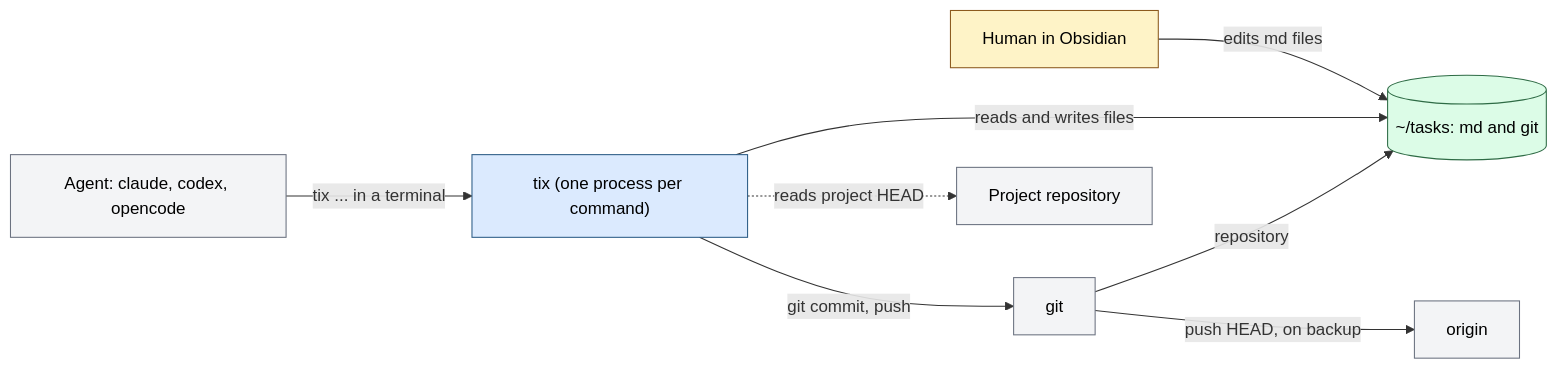
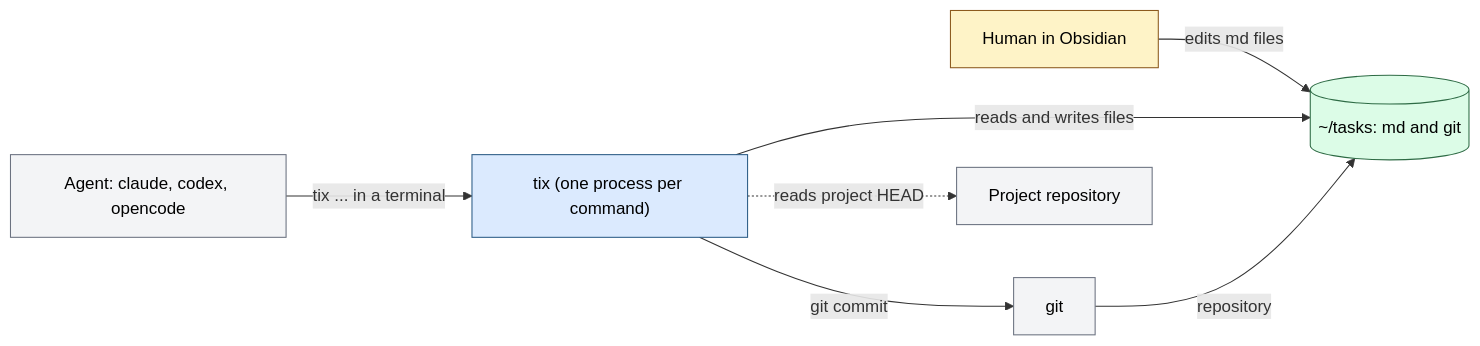
One commit to daniil4545/tix changed the first of 4 diagrams in docs/architecture.md. Above: the diagram before and after it, drawn with Mermaid. The commit also changed other lines of this file and 54 other files, not shown here.

````diff
--- a/docs/architecture.md
+++ b/docs/architecture.md
@@ -28,18 +28,17 @@
 ```mermaid
 flowchart LR
   agent["Agent: claude, codex, opencode"] -->|"tix ... in a terminal"| tix["tix (one process per command)"]
   human["Human in Obsidian"] -->|"edits md files"| db[("~/tasks: md and git")]
   tix -->|"reads and writes files"| db
-  tix -->|"git commit, push"| git["git"]
+  tix -->|"git commit"| git["git"]
   git -->|"repository"| db
-  git -->|"push HEAD, on backup"| remote["origin"]
   tix -.->|"reads project HEAD"| proj["Project repository"]
   classDef ours fill:#dbeafe,stroke:#2c5c86,color:#000
   classDef external fill:#f3f4f6,stroke:#6b7280,color:#000
   classDef person fill:#fef3c7,stroke:#8c5a1e,color:#000
   classDef store fill:#dcfce7,stroke:#2e6b45,color:#000
   class tix ours
   class git,remote,proj,agent external
   class human person
   class db store
 ```
````
